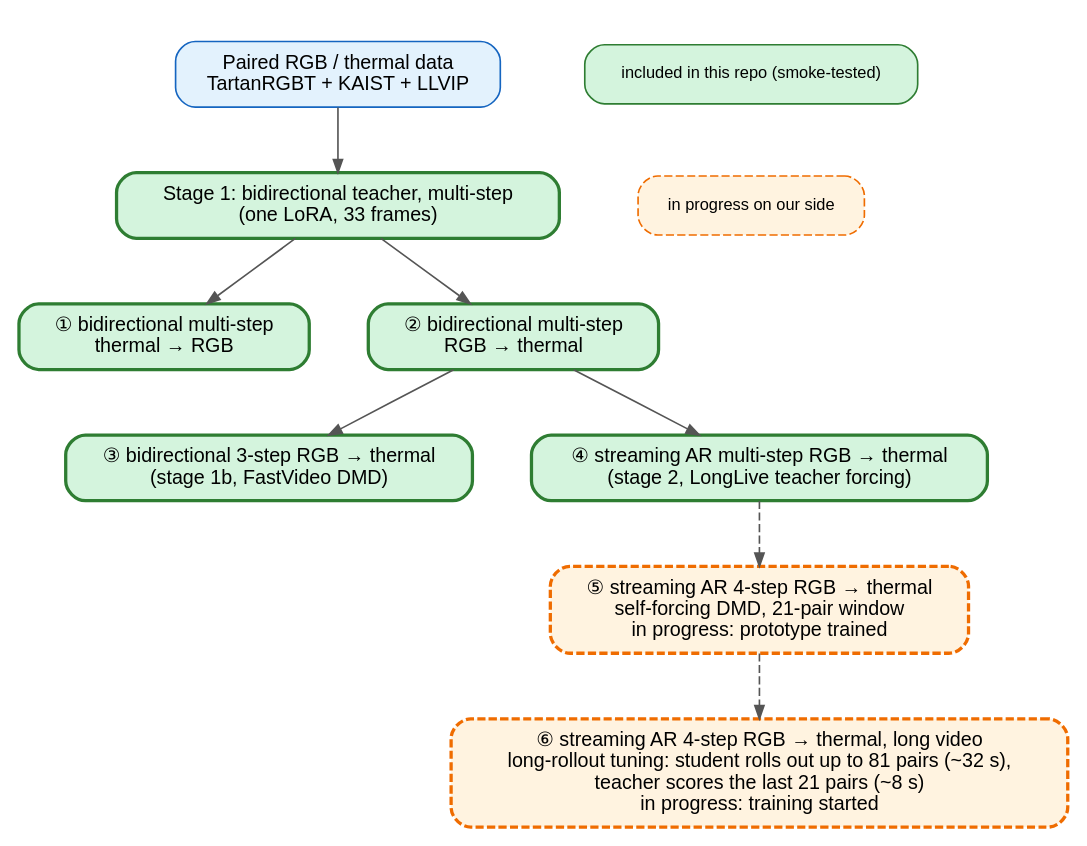
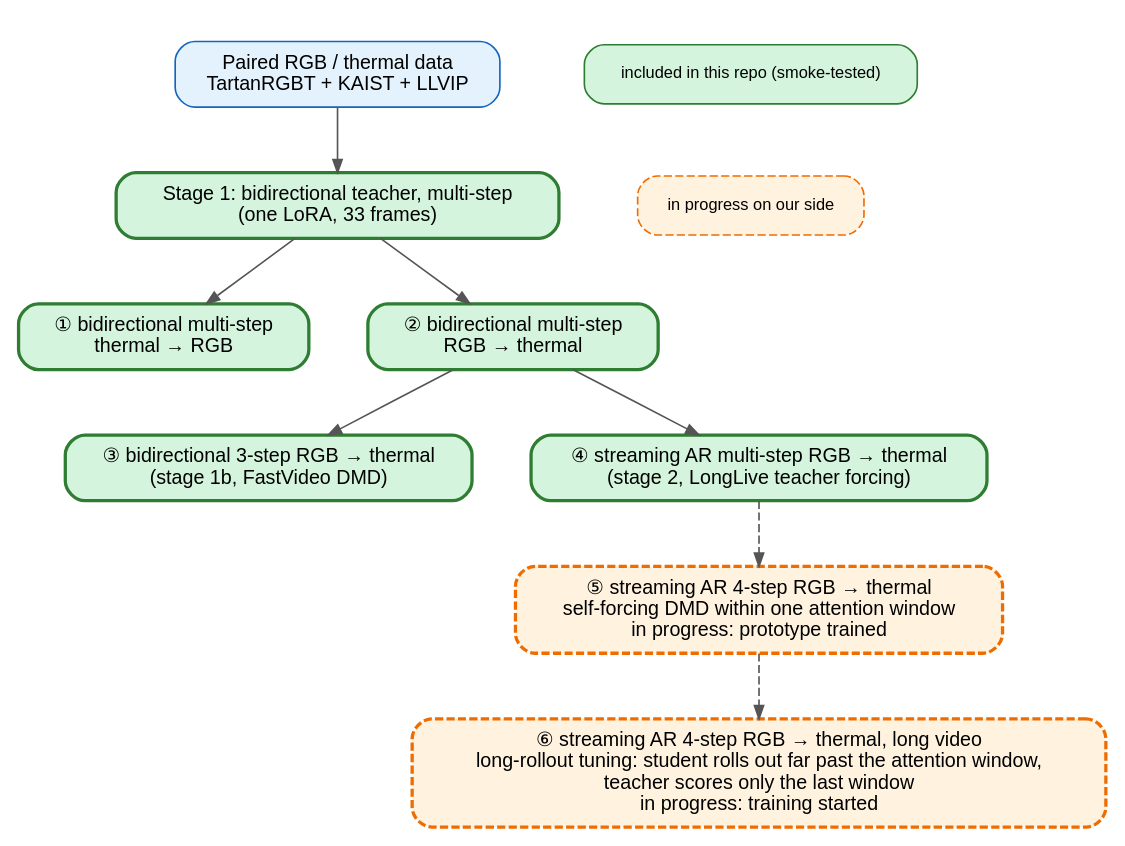
Before and after one commit to Greenery-S/thermal_v2v: the diagram in assets/model_tree.dot, drawn with Graphviz. The commit also changed 7 other files, not shown here.

```diff
--- a/assets/model_tree.dot
+++ b/assets/model_tree.dot
@@ -1,19 +1,19 @@
 digraph G {
   rankdir=TB; nodesep=0.5; ranksep=0.55; bgcolor="white";
   node [shape=box, style="rounded,filled", fontname="Helvetica", fontsize=12, margin="0.18,0.10"];
   edge [color="#555555", arrowsize=0.8];
   D   [label="Paired RGB / thermal data\nTartanRGBT + KAIST + LLVIP", fillcolor="#e3f2fd", color="#1565c0"];
   B   [label="Stage 1: bidirectional teacher, multi-step\n(one LoRA, 33 frames)", fillcolor="#d4f4dd", color="#2e7d32", penwidth=2];
   T2R [label="① bidirectional multi-step\nthermal → RGB", fillcolor="#d4f4dd", color="#2e7d32", penwidth=2];
   R2T [label="② bidirectional multi-step\nRGB → thermal", fillcolor="#d4f4dd", color="#2e7d32", penwidth=2];
   FS  [label="③ bidirectional 3-step RGB → thermal\n(stage 1b, FastVideo DMD)", fillcolor="#d4f4dd", color="#2e7d32", penwidth=2];
   AR  [label="④ streaming AR multi-step RGB → thermal\n(stage 2, LongLive teacher forcing)", fillcolor="#d4f4dd", color="#2e7d32", penwidth=2];
-  SF  [label="⑤ streaming AR 4-step RGB → thermal\nself-forcing DMD, 21-pair window\nin progress: prototype trained", fillcolor="#fff3e0", color="#ef6c00", style="rounded,filled,dashed", penwidth=2];
-  LR  [label="⑥ streaming AR 4-step RGB → thermal, long video\nlong-rollout tuning: student rolls out up to 81 pairs (~32 s),\nteacher scores the last 21 pairs (~8 s)\nin progress: training started", fillcolor="#fff3e0", color="#ef6c00", style="rounded,filled,dashed", penwidth=2];
+  SF  [label="⑤ streaming AR 4-step RGB → thermal\nself-forcing DMD within one attention window\nin progress: prototype trained", fillcolor="#fff3e0", color="#ef6c00", style="rounded,filled,dashed", penwidth=2];
+  LR  [label="⑥ streaming AR 4-step RGB → thermal, long video\nlong-rollout tuning: student rolls out far past the attention window,\nteacher scores only the last window\nin progress: training started", fillcolor="#fff3e0", color="#ef6c00", style="rounded,filled,dashed", penwidth=2];
   D -> B; B -> T2R; B -> R2T; R2T -> FS; R2T -> AR;
   AR -> SF [style=dashed]; SF -> LR [style=dashed];
   subgraph cluster_legend { label=""; color="white";
     L1 [label="included in this repo (smoke-tested)", fillcolor="#d4f4dd", color="#2e7d32", fontsize=10];
     L2 [label="in progress on our side", fillcolor="#fff3e0", color="#ef6c00", style="rounded,filled,dashed", fontsize=10];
     L1 -> L2 [style=invis]; }
 }
```
